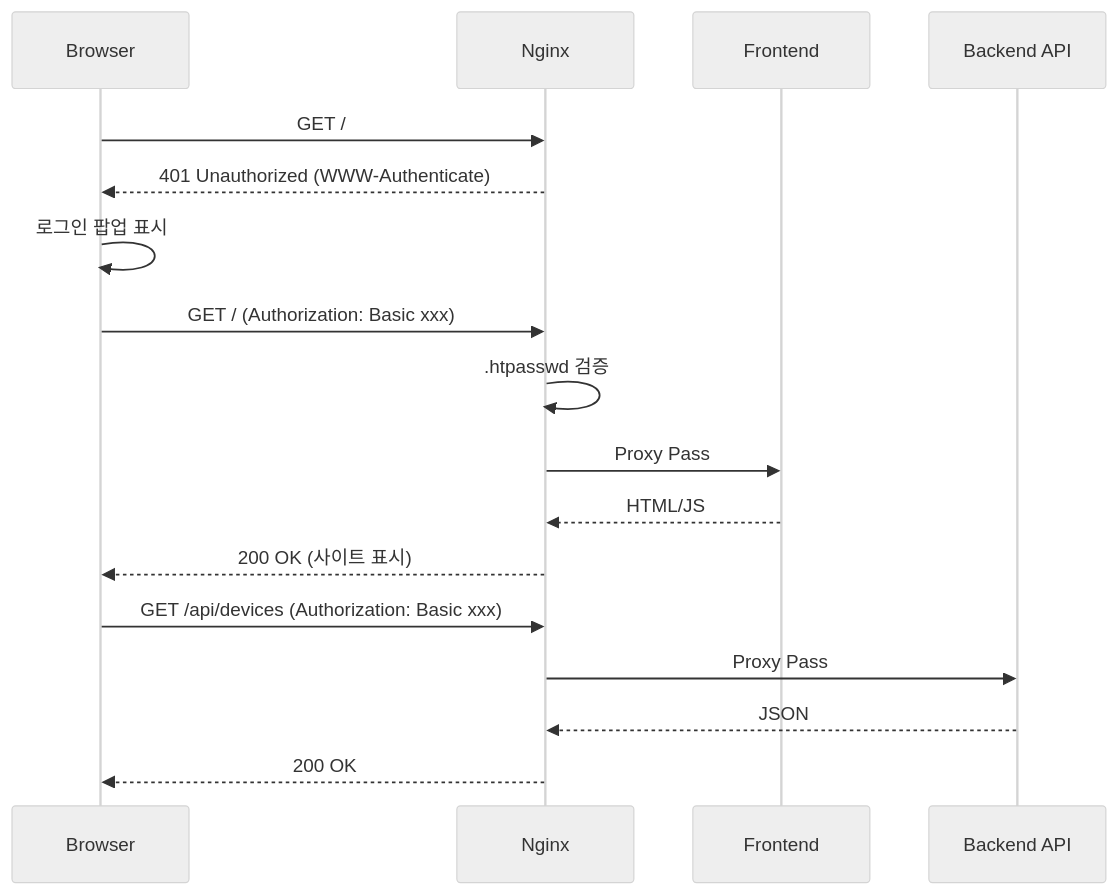
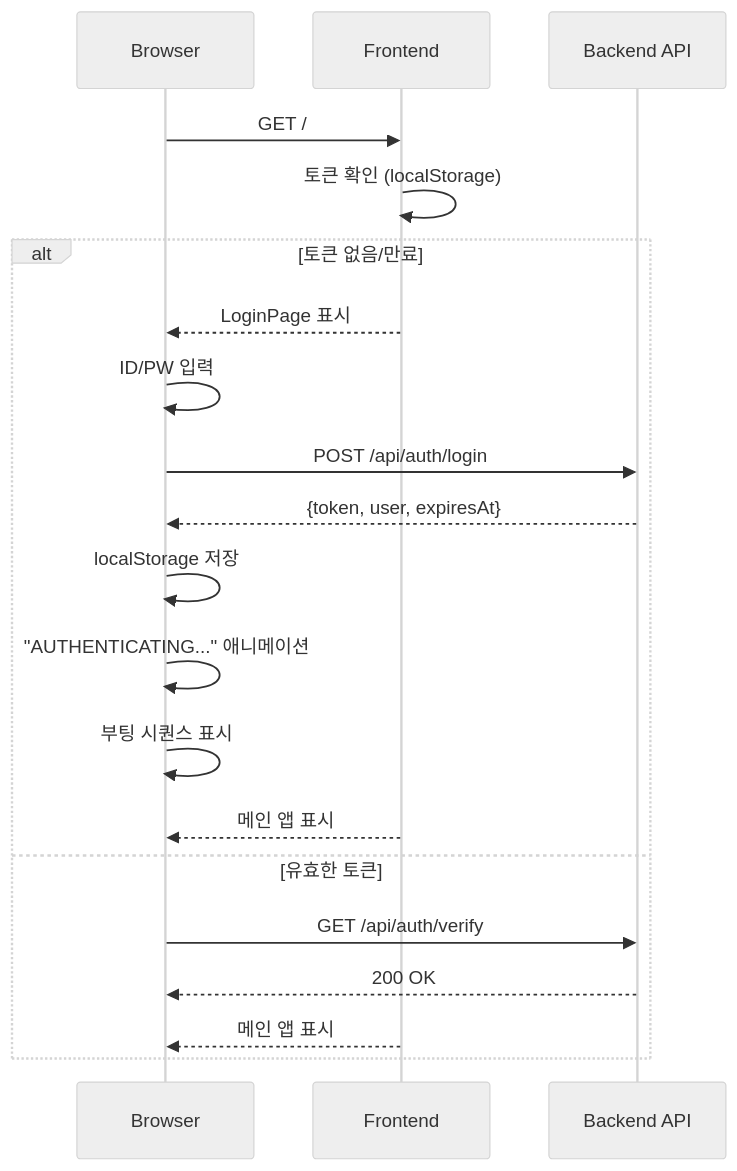
The first of 6 diagrams in README.md (dareesoft/nyc-vehicle-tracker), drawn with Mermaid (neutral theme) before and after one commit. The commit also changed other lines of this file and 1 other file, not shown here.

````diff
--- a/README.md
+++ b/README.md
@@ -62,21 +60,23 @@
 ```mermaid
 sequenceDiagram
     participant B as Browser
-    participant N as Nginx
     participant F as Frontend
     participant A as Backend API
 
-    B->>N: GET /
-    N-->>B: 401 Unauthorized (WWW-Authenticate)
-    B->>B: 로그인 팝업 표시
-    B->>N: GET / (Authorization: Basic xxx)
-    N->>N: .htpasswd 검증
-    N->>F: Proxy Pass
-    F-->>N: HTML/JS
-    N-->>B: 200 OK (사이트 표시)
-    
-    B->>N: GET /api/devices (Authorization: Basic xxx)
-    N->>A: Proxy Pass
-    A-->>N: JSON
-    N-->>B: 200 OK
+    B->>F: GET /
+    F->>F: 토큰 확인 (localStorage)
+    alt 토큰 없음/만료
+        F-->>B: LoginPage 표시
+        B->>B: ID/PW 입력
+        B->>A: POST /api/auth/login
+        A-->>B: {token, user, expiresAt}
+        B->>B: localStorage 저장
+        B->>B: "AUTHENTICATING..." 애니메이션
+        B->>B: 부팅 시퀀스 표시
+        F-->>B: 메인 앱 표시
+    else 유효한 토큰
+        B->>A: GET /api/auth/verify
+        A-->>B: 200 OK
+        F-->>B: 메인 앱 표시
+    end
 ```
````
